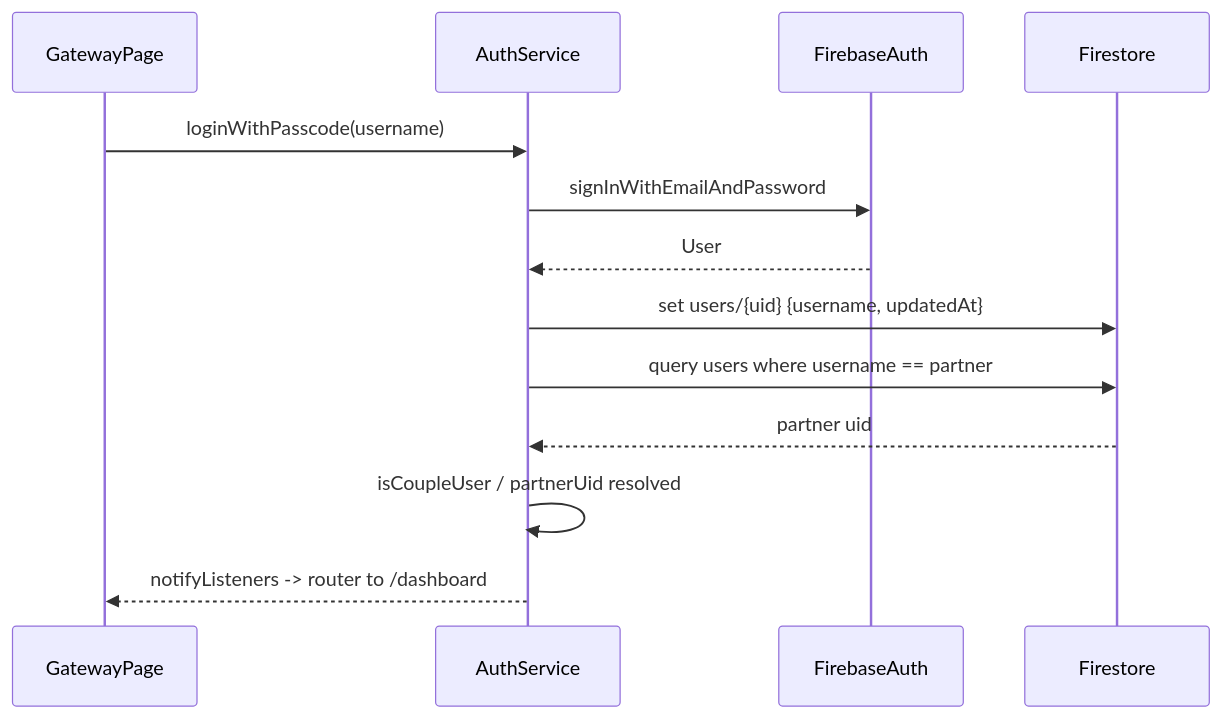
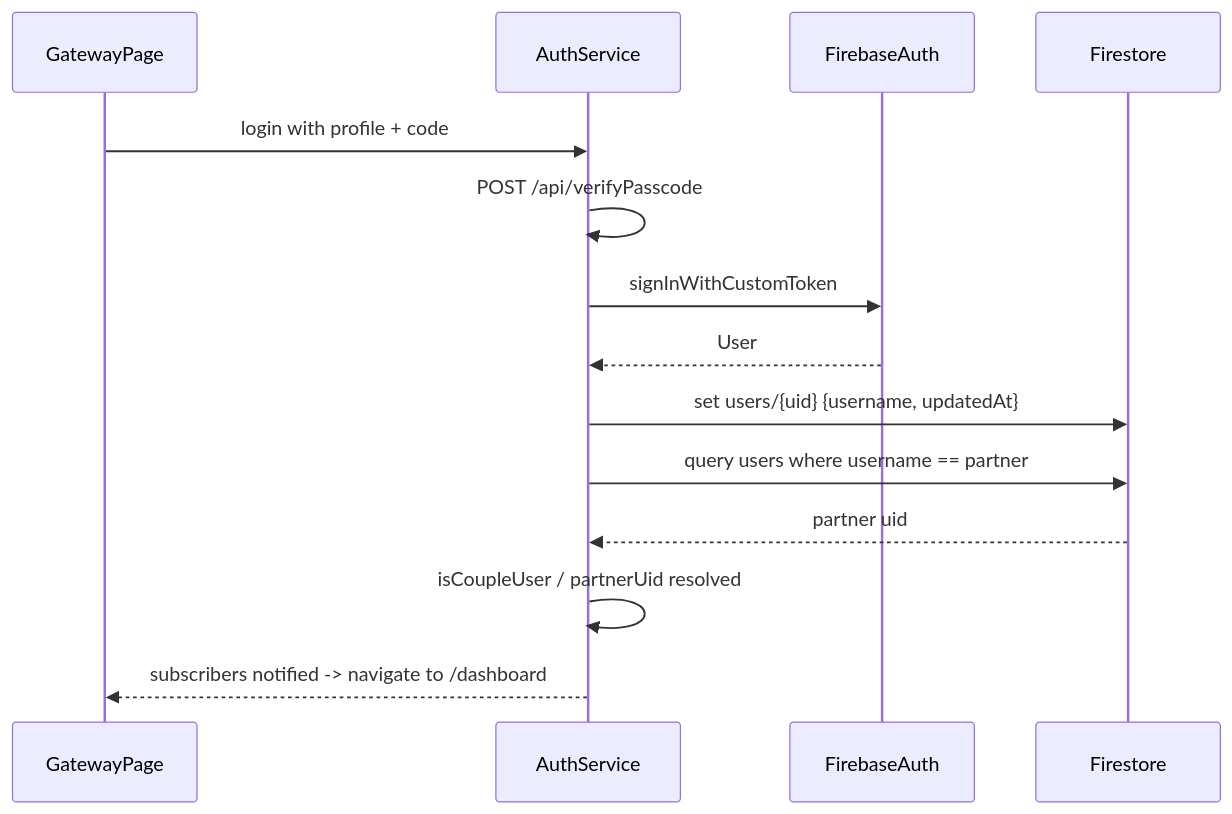
The fourth of 7 diagrams in docs/ARCHITECTURE.md (khentmoba/Everglow), drawn with Mermaid before and after one commit. The commit also changed other lines of this file and 7 other files, not shown here.

````diff
--- a/docs/ARCHITECTURE.md
+++ b/docs/ARCHITECTURE.md
@@ -213,16 +212,17 @@
 ```mermaid
 sequenceDiagram
   participant G as GatewayPage
   participant A as AuthService
   participant FA as FirebaseAuth
   participant FS as Firestore
 
-  G->>A: loginWithPasscode(username)
-  A->>FA: signInWithEmailAndPassword
+  G->>A: login with profile + code
+  A->>A: POST /api/verifyPasscode
+  A->>FA: signInWithCustomToken
   FA-->>A: User
   A->>FS: set users/{uid} {username, updatedAt}
   A->>FS: query users where username == partner
   FS-->>A: partner uid
   A->>A: isCoupleUser / partnerUid resolved
-  A-->>G: notifyListeners -> router to /dashboard
+  A-->>G: subscribers notified -> navigate to /dashboard
 ```
````
